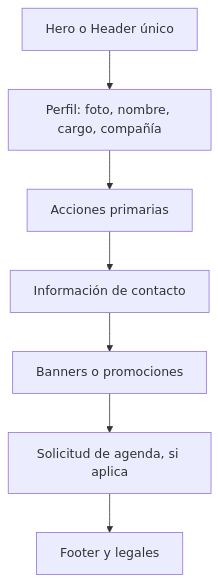
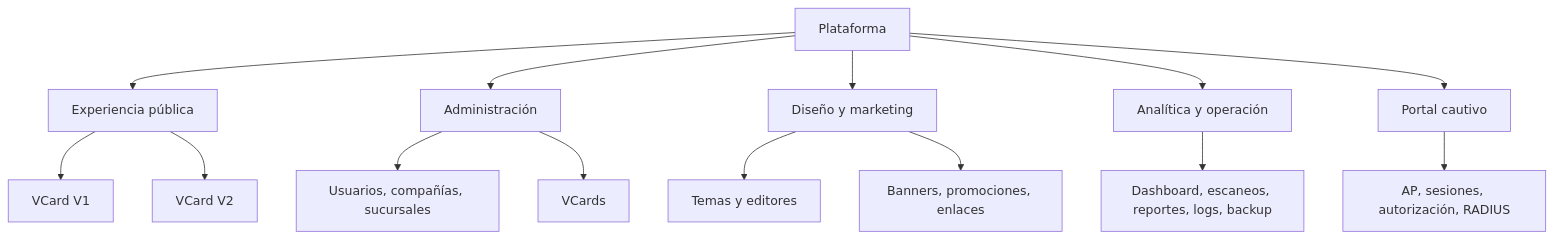
The diagram in docs/v2/UI_UX_DESIGN.md (LORDMANUEL/vcards-qr-suite-V2), drawn with Mermaid before and after one commit. The commit also changed other lines of this file and 3 other files, not shown here.

Commit message:
Expand product UX and full system flows

````diff
--- a/docs/v2/UI_UX_DESIGN.md
+++ b/docs/v2/UI_UX_DESIGN.md
@@ -13,9 +23,16 @@
 ```mermaid
 flowchart TD
-    H[Hero o Header único] --> P[Perfil: foto, nombre, cargo, compañía]
-    P --> A[Acciones primarias]
-    A --> I[Información de contacto]
-    I --> B[Banners o promociones]
-    B --> S[Solicitud de agenda, si aplica]
-    S --> F[Footer y legales]
+  ROOT[Plataforma] --> PUBLIC[Experiencia pública]
+  ROOT --> ADMIN[Administración]
+  ROOT --> DESIGN[Diseño y marketing]
+  ROOT --> OPS[Analítica y operación]
+  ROOT --> PORTAL[Portal cautivo]
+  PUBLIC --> V1[VCard V1]
+  PUBLIC --> V2[VCard V2]
+  ADMIN --> ORG[Usuarios, compañías, sucursales]
+  ADMIN --> CARDS[VCards]
+  DESIGN --> THEMES[Temas y editores]
+  DESIGN --> CAMPAIGNS[Banners, promociones, enlaces]
+  OPS --> DASH[Dashboard, escaneos, reportes, logs, backup]
+  PORTAL --> NETWORK[AP, sesiones, autorización, RADIUS]
 ```
````
